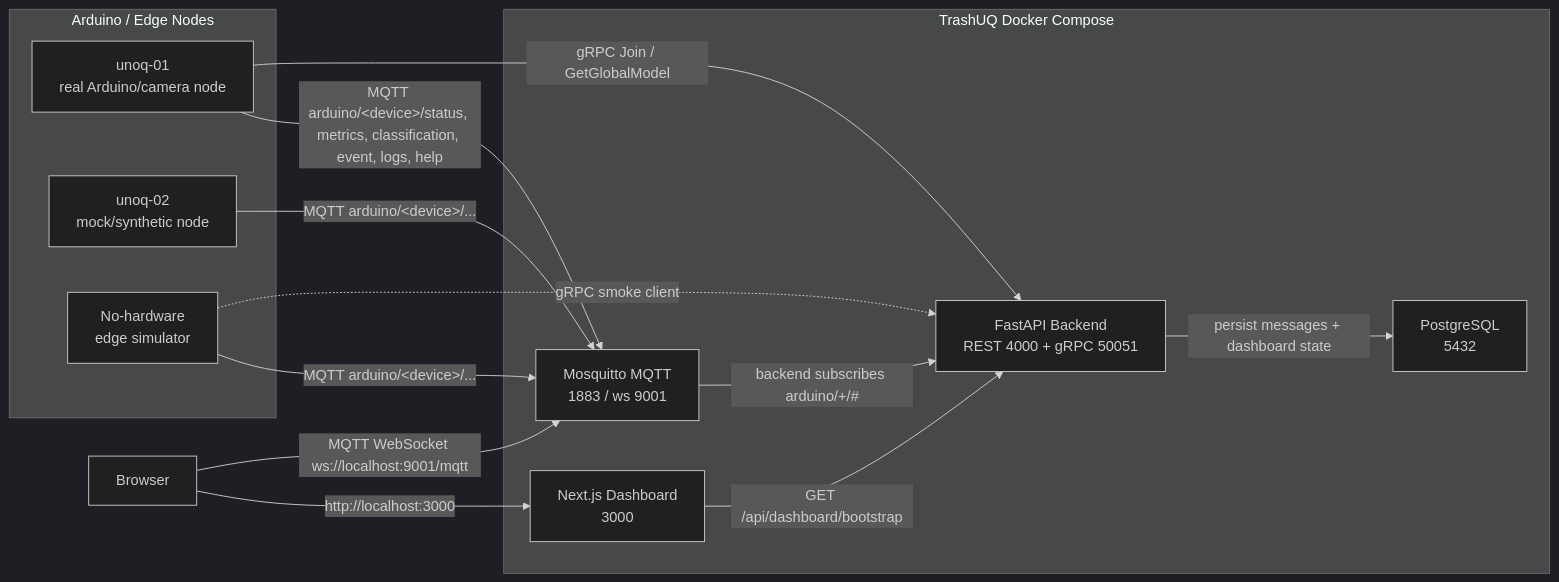
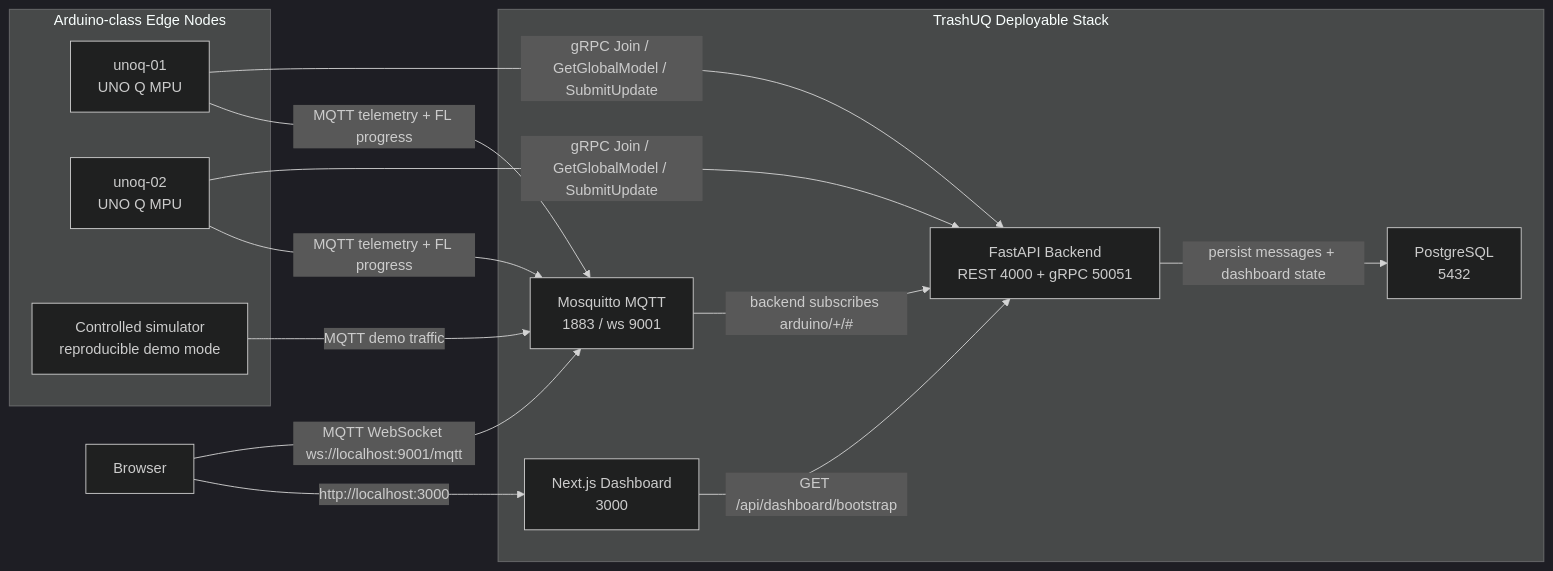
The first of 6 diagrams in README.md (TrashUQ/TrashUQ), drawn with Mermaid (dark theme) before and after one commit. The commit also changed other lines of this file and 5 other files, not shown here.

````diff
--- a/README.md
+++ b/README.md
@@ -61,28 +84,28 @@
 ```mermaid
 flowchart LR
-  subgraph Edge["Arduino / Edge Nodes"]
-    Arduino["unoq-01<br/>real Arduino/camera node"]
-    Mock["unoq-02<br/>mock/synthetic node"]
-    Simulator["No-hardware<br/>edge simulator"]
+  subgraph Edge["Arduino-class Edge Nodes"]
+    U1["unoq-01<br/>UNO Q MPU"]
+    U2["unoq-02<br/>UNO Q MPU"]
+    Simulator["Controlled simulator<br/>reproducible demo mode"]
   end
 
-  subgraph Compose["TrashUQ Docker Compose"]
+  subgraph Compose["TrashUQ Deployable Stack"]
     MQTT["Mosquitto MQTT<br/>1883 / ws 9001"]
     Backend["FastAPI Backend<br/>REST 4000 + gRPC 50051"]
     DB["PostgreSQL<br/>5432"]
     Frontend["Next.js Dashboard<br/>3000"]
   end
 
   Browser["Browser"]
 
-  Arduino -->|"MQTT arduino/&lt;device&gt;/status, metrics, classification, event, logs, help"| MQTT
-  Mock -->|"MQTT arduino/&lt;device&gt;/..."| MQTT
-  Simulator -->|"MQTT arduino/&lt;device&gt;/..."| MQTT
+  U1 -->|"MQTT telemetry + FL progress"| MQTT
+  U2 -->|"MQTT telemetry + FL progress"| MQTT
+  Simulator -->|"MQTT demo traffic"| MQTT
   MQTT -->|"backend subscribes arduino/+/#"| Backend
   Backend -->|"persist messages + dashboard state"| DB
   Frontend -->|"GET /api/dashboard/bootstrap"| Backend
   Browser -->|"http://localhost:3000"| Frontend
   Browser -->|"MQTT WebSocket ws://localhost:9001/mqtt"| MQTT
-  Arduino -->|"gRPC Join / GetGlobalModel"| Backend
-  Simulator -. "gRPC smoke client" .-> Backend
+  U1 -->|"gRPC Join / GetGlobalModel / SubmitUpdate"| Backend
+  U2 -->|"gRPC Join / GetGlobalModel / SubmitUpdate"| Backend
 ```
````
